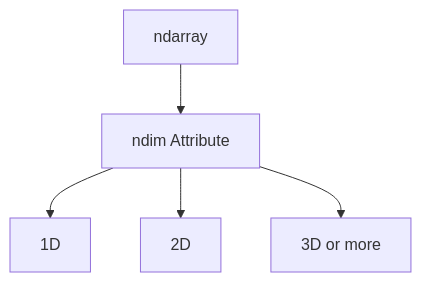
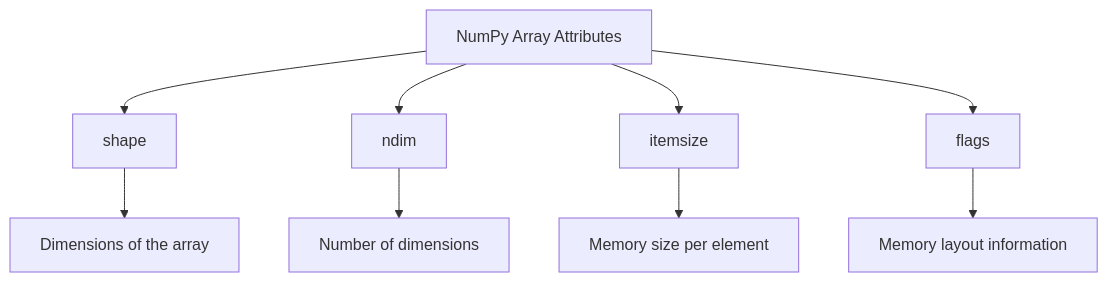
Before and after one commit to tamil-phy/NumPy_Book_Tamil: the diagram in 1_NUMPY − ARRAY ATTRIBUTES.md, drawn with Mermaid. The commit also changed other lines of this file and 16 other files, not shown here.

````diff
--- a/1_NUMPY − ARRAY ATTRIBUTES.md
+++ b/1_NUMPY − ARRAY ATTRIBUTES.md
@@ -53,8 +3,16 @@
 ```mermaid
 graph TD
-    A[ndarray] --> B[ndim Attribute]
-    B --> C[1D]
-    B --> D[2D]
-    B --> E[3D or more]
+    A[NumPy Array Attributes]
+    
+    B[shape] --> B_desc[Dimensions of the array]
+    C[ndim] --> C_desc[Number of dimensions]
+    D[itemsize] --> D_desc[Memory size per element]
+    E[flags] --> E_desc[Memory layout information]
+
+    A --> B
+    A --> C
+    A --> D
+    A --> E
+
 
 ```
````
